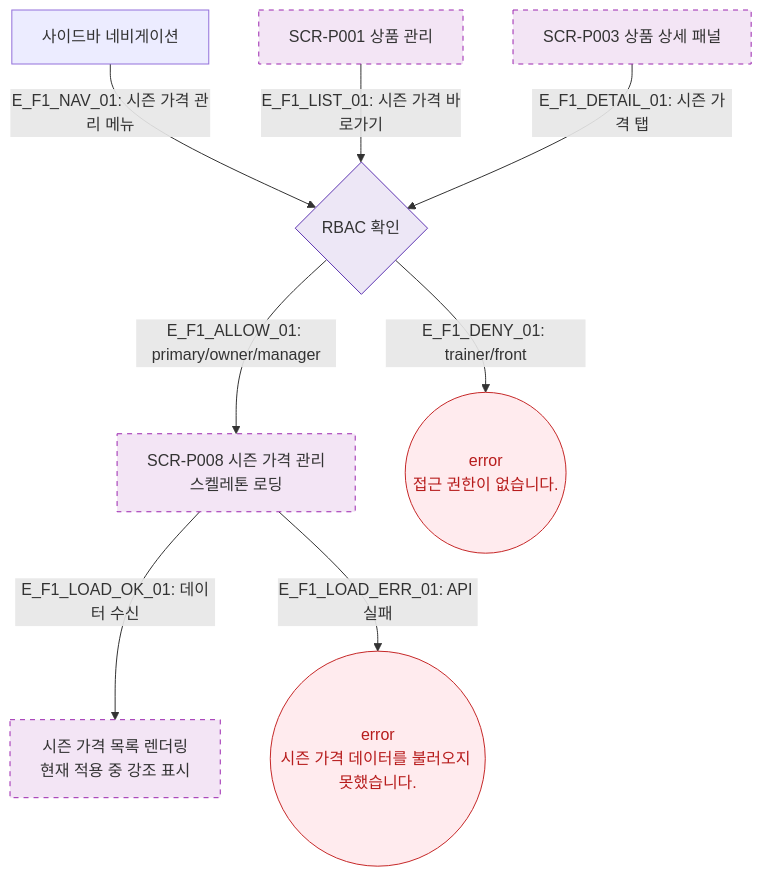
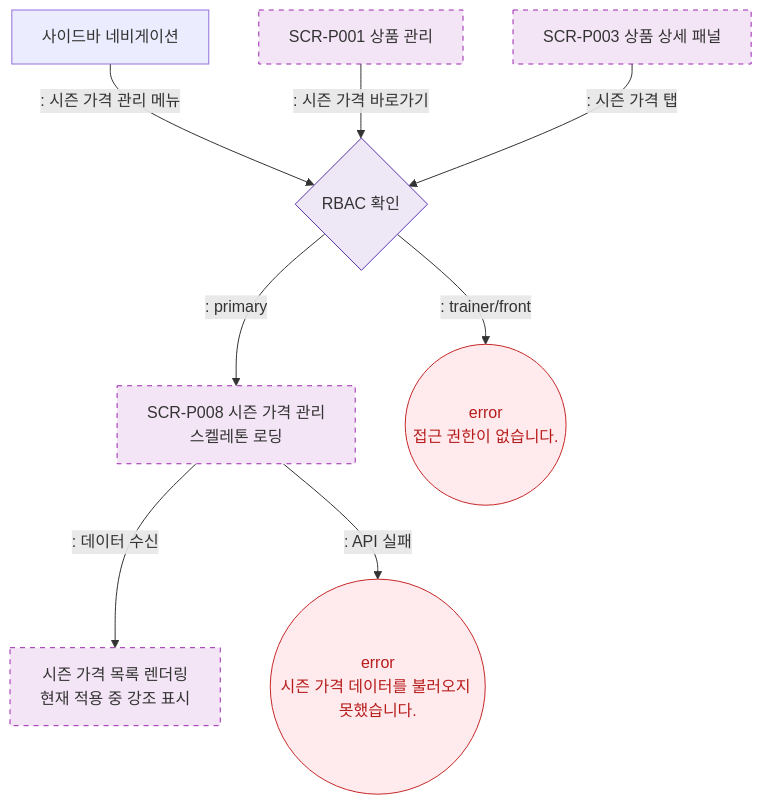
Before and after one commit to dev-spogym/admin-pando: the diagram in docs/다이어그램/D05_상품관리/SCR-P008_시즌가격관리/F1_진입플로우.md, drawn with Mermaid. The commit also changed other lines of this file and 1660 other files, not shown here.

First line of the commit message:
다이어그램: 기획자/클라이언트 납품본으로 정리

````diff
--- a/docs/다이어그램/D05_상품관리/SCR-P008_시즌가격관리/F1_진입플로우.md
+++ b/docs/다이어그램/D05_상품관리/SCR-P008_시즌가격관리/F1_진입플로우.md
@@ -24,25 +22,25 @@
 ```mermaid
 flowchart TD
     NAV[사이드바 네비게이션]
     SCR_P001[SCR-P001 상품 관리]
     SCR_P003[SCR-P003 상품 상세 패널]
 
-    NAV -->|"E_F1_NAV_01: 시즌 가격 관리 메뉴"| RoleCheck{RBAC 확인}
-    SCR_P001 -->|"E_F1_LIST_01: 시즌 가격 바로가기"| RoleCheck
-    SCR_P003 -->|"E_F1_DETAIL_01: 시즌 가격 탭"| RoleCheck
+    NAV -->|": 시즌 가격 관리 메뉴"|RoleCheck{RBAC 확인}
+    SCR_P001 -->|": 시즌 가격 바로가기"|RoleCheck
+    SCR_P003 -->|": 시즌 가격 탭"|RoleCheck
 
-    RoleCheck -->|"E_F1_ALLOW_01: primary/owner/manager"| SCR_P008[SCR-P008 시즌 가격 관리\n스켈레톤 로딩]
-    RoleCheck -->|"E_F1_DENY_01: trainer/front"| AccessDenied((error\n접근 권한이 없습니다.))
+    RoleCheck -->|": primary"|SCR_P008[SCR-P008 시즌 가격 관리\n스켈레톤 로딩]
+    RoleCheck -->|": trainer/front"|AccessDenied((error\n접근 권한이 없습니다.))
 
-    SCR_P008 -->|"E_F1_LOAD_OK_01: 데이터 수신"| SeasonReady[시즌 가격 목록 렌더링\n현재 적용 중 강조 표시]
-    SCR_P008 -->|"E_F1_LOAD_ERR_01: API 실패"| ErrToast((error\n시즌 가격 데이터를 불러오지 못했습니다.))
+    SCR_P008 -->|": 데이터 수신"|SeasonReady[시즌 가격 목록 렌더링\n현재 적용 중 강조 표시]
+    SCR_P008 -->|": API 실패"|ErrToast((error\n시즌 가격 데이터를 불러오지 못했습니다.))
 
     classDef screen fill:#F3E5F5,stroke:#9C27B0,stroke-dasharray:5 5
     classDef newFeature fill:#F3E5F5,stroke:#9C27B0,stroke-dasharray:5 5
     classDef error fill:#FFEBEE,stroke:#C62828,color:#B71C1C
     classDef system fill:#EDE7F6,stroke:#5E35B2
     class SCR_P008,SeasonReady newFeature
     class SCR_P001,SCR_P003 screen
     class AccessDenied,ErrToast error
     class RoleCheck system
 ```
````
